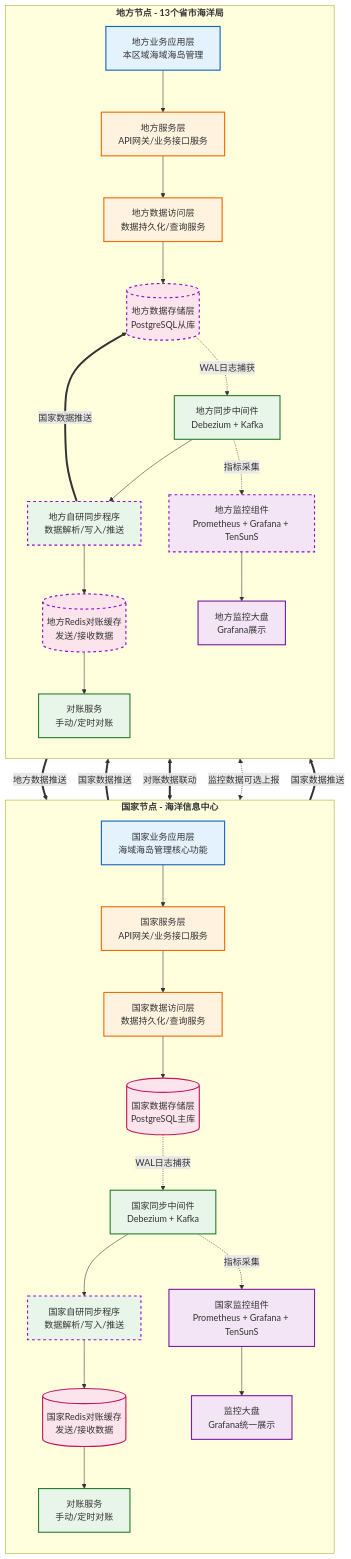
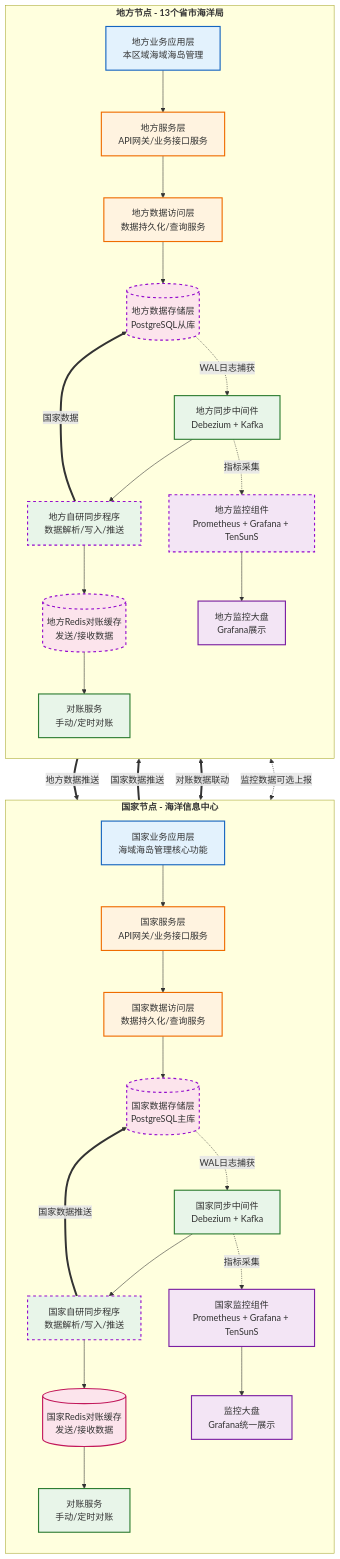
The diagram in all/未命名-1.md (MyJohn2/iodraw-files), drawn with Mermaid before and after one commit.

Commit message:
2026-03-04 13:41:59 update

````diff
--- a/all/未命名-1.md
+++ b/all/未命名-1.md
@@ -1,68 +1,68 @@
 ```mermaid
 flowchart TD
     %% 定义样式
     classDef app fill:#e3f2fd,stroke:#1565c0,stroke-width:2px;
     classDef service fill:#fff3e0,stroke:#ef6c00,stroke-width:2px;
     classDef data fill:#fce4ec,stroke:#c2185b,stroke-width:2px;
     classDef sync fill:#e8f5e9,stroke:#2e7d32,stroke-width:2px;
     classDef monitor fill:#f3e5f5,stroke:#7b1fa2,stroke-width:2px;
     classDef linkLine stroke:#950DCD,stroke-width:2px,stroke-dasharray: 5 5;
 
     %% 国家节点 - 修复了标题括号问题
     subgraph NationNode [<B>国家节点 - 海洋信息中心]
         direction TB
         A1[国家业务应用层<br/>海域海岛管理核心功能]:::app
         B1[国家服务层<br/>API网关/业务接口服务]:::service
         C1[国家数据访问层<br/>数据持久化/查询服务]:::service
         D1[(国家数据存储层<br/>PostgreSQL主库)]:::data
         E1[国家同步中间件<br/>Debezium + Kafka]:::sync
         F1[国家自研同步程序<br/>数据解析/写入/推送]:::sync
         G1[(国家Redis对账缓存<br/>发送/接收数据)]:::data
         H1[国家监控组件<br/>Prometheus + Grafana + TenSunS]:::monitor
         I1[对账服务<br/>手动/定时对账]:::sync
         J1[监控大盘<br/>Grafana统一展示]:::monitor
 
         A1 --> B1
         B1 --> C1
         C1 --> D1
         D1 -.->|WAL日志捕获 | E1
         E1 --> F1
         F1 --> G1
         E1 -.->|指标采集 | H1
         G1 --> I1
         H1 --> J1
     end
     
     %% 地方节点 - 修复了标题括号问题
     subgraph LocalNode [<B>地方节点 - 13个省市海洋局]
         direction TB
         A2[地方业务应用层<br/>本区域海域海岛管理]:::app
         B2[地方服务层<br/>API网关/业务接口服务]:::service
         C2[地方数据访问层<br/>数据持久化/查询服务]:::service
         D2[(地方数据存储层<br/>PostgreSQL从库)]:::data
         E2[地方同步中间件<br/>Debezium + Kafka]:::sync
         F2[地方自研同步程序<br/>数据解析/写入/推送]:::sync
         G2[(地方Redis对账缓存<br/>发送/接收数据)]:::data
         H2[地方监控组件<br/>Prometheus + Grafana + TenSunS]:::monitor
         I2[对账服务<br/>手动/定时对账]:::sync
         J2[地方监控大盘<br/>Grafana展示]:::monitor
 
         A2 --> B2
         B2 --> C2
         C2 --> D2
         D2 -.->|WAL日志捕获 | E2
         E2 --> F2
         F2 --> G2
         E2 -.->|指标采集 | H2
         G2 --> I2
         H2 --> J2
     end
     
     %% 跨节点交互
     E2 ==>|地方数据推送 | F1:::linkLine
     E1 ==>|国家数据推送 | F2:::linkLine
     G1 <==>|对账数据联动 | G2:::linkLine
     H1 <-.->|监控数据可选上报 | H2:::linkLine
-    F2 ==>|国家数据推送 | D2:::linkLine
-    F1 ==>|国家数据推送 | D2:::linkLine
+    F2 ==>|国家数据 | D2:::linkLine
+    F1 ==>|国家数据推送 | D1:::linkLine
 ```
````
